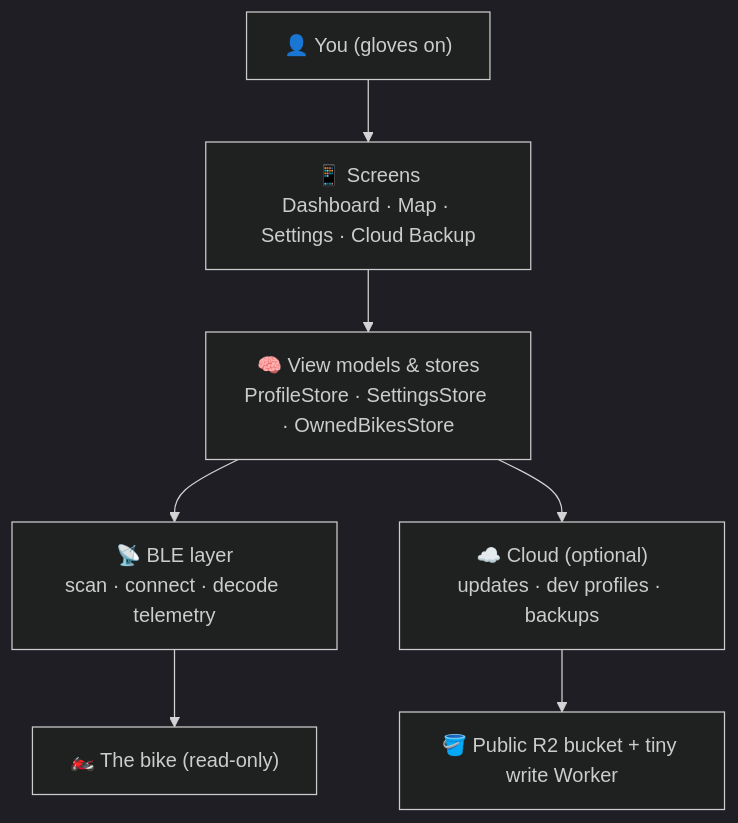
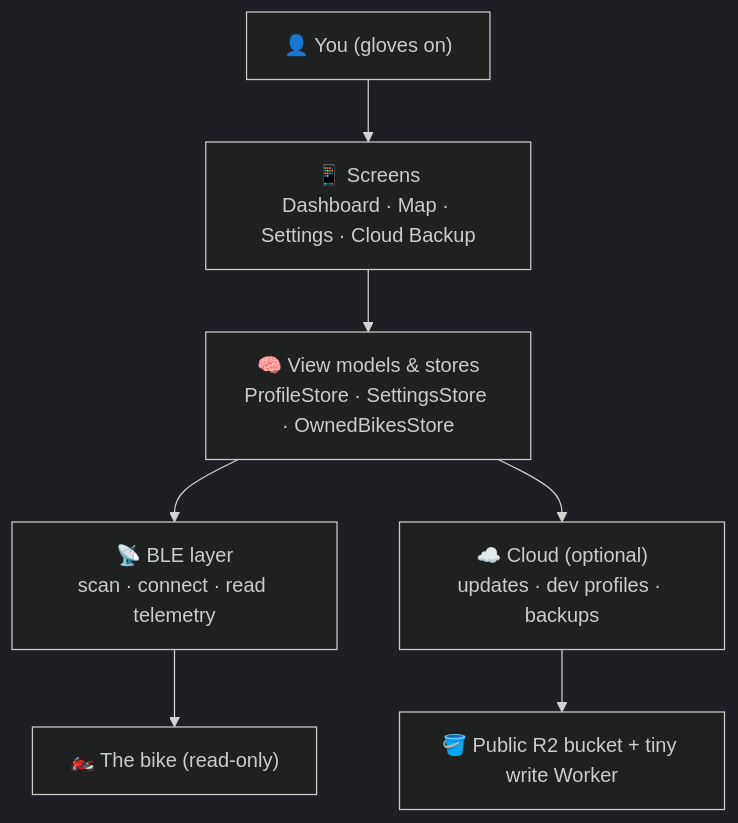
One commit to Chadware-Garage/WolfPackDash-Docs changed the first of 10 diagrams in docs/PROCESS_FLOW.md. Above: the diagram before and after it, drawn with Mermaid (dark theme). The commit also changed other lines of this file and 10 other files, not shown here.

````diff
--- a/docs/PROCESS_FLOW.md
+++ b/docs/PROCESS_FLOW.md
@@ -40,9 +40,9 @@
 ```mermaid
 flowchart TD
     U["👤 You (gloves on)"] --> UI["📱 Screens<br/>Dashboard · Map · Settings · Cloud Backup"]
     UI --> VM["🧠 View models & stores<br/>ProfileStore · SettingsStore · OwnedBikesStore"]
-    VM --> BLE["📡 BLE layer<br/>scan · connect · decode telemetry"]
+    VM --> BLE["📡 BLE layer<br/>scan · connect · read telemetry"]
     VM --> NET["☁️ Cloud (optional)<br/>updates · dev profiles · backups"]
     BLE --> BIKE["🏍️ The bike (read-only)"]
     NET --> R2["🪣 Public R2 bucket + tiny write Worker"]
 ```
````
